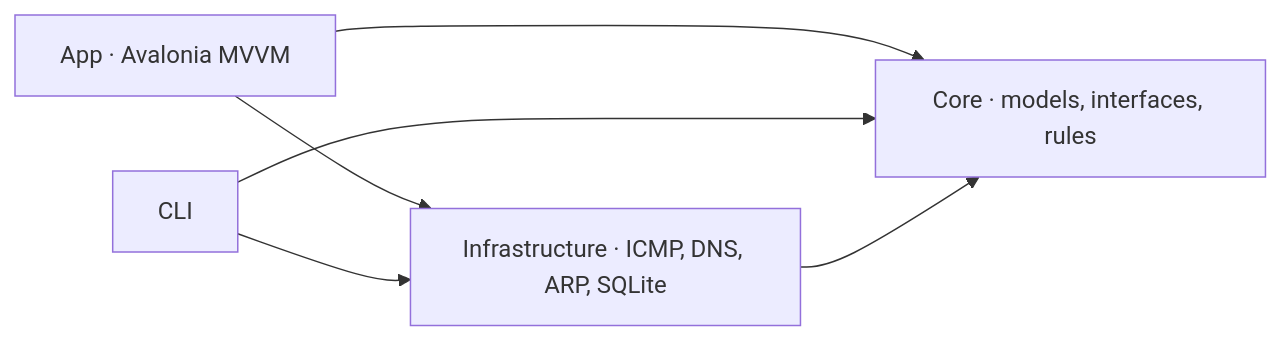
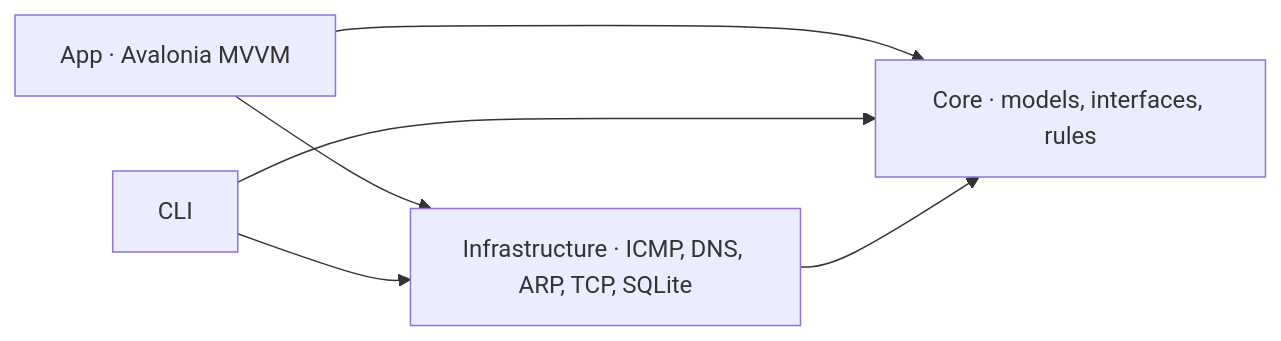
Before and after one commit to Gooniez3/NetScope: the diagram in README.md, drawn with Mermaid. The commit also changed other lines of this file and 44 other files, not shown here.

````diff
--- a/README.md
+++ b/README.md
@@ -61,12 +65,12 @@
 ```mermaid
 flowchart LR
   App["App · Avalonia MVVM"]
   Cli["CLI"]
   Core["Core · models, interfaces, rules"]
-  Infra["Infrastructure · ICMP, DNS, ARP, SQLite"]
+  Infra["Infrastructure · ICMP, DNS, ARP, TCP, SQLite"]
   App --> Core
   Cli --> Core
   Infra --> Core
   App --> Infra
   Cli --> Infra
 ```
````
